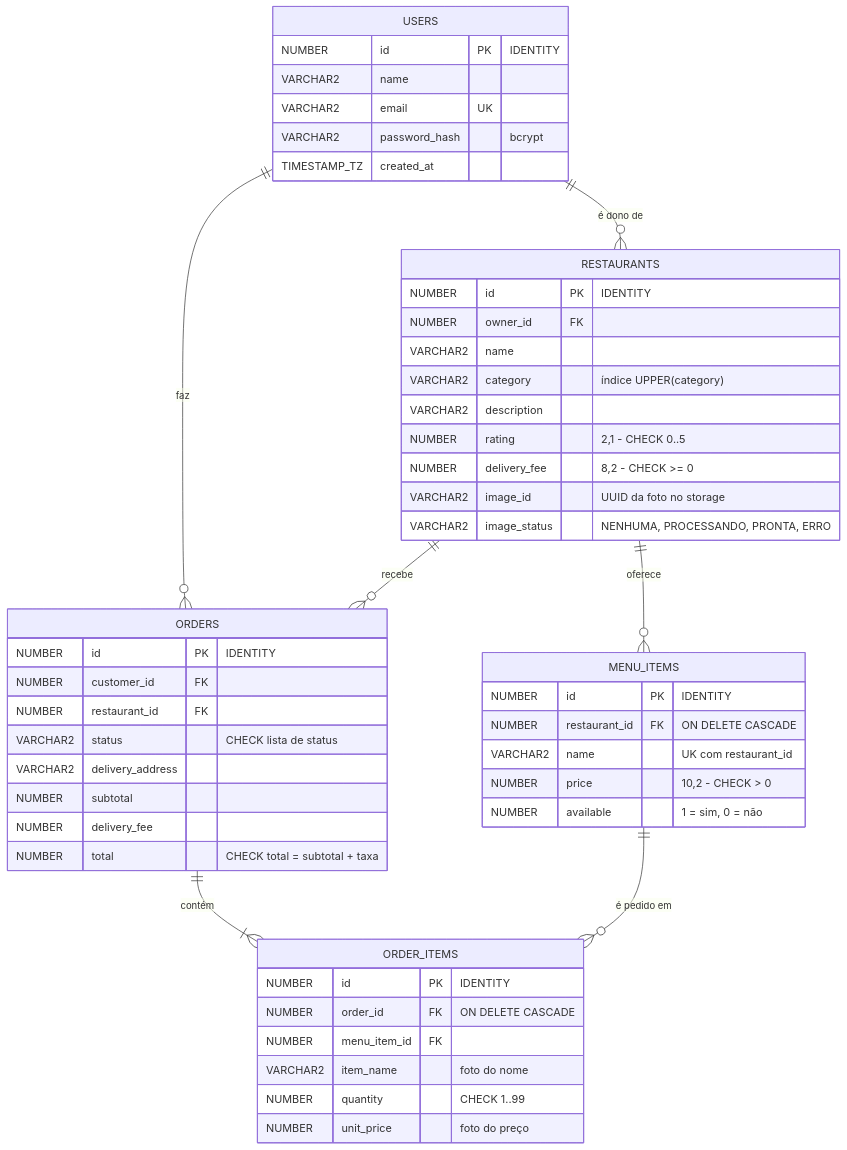
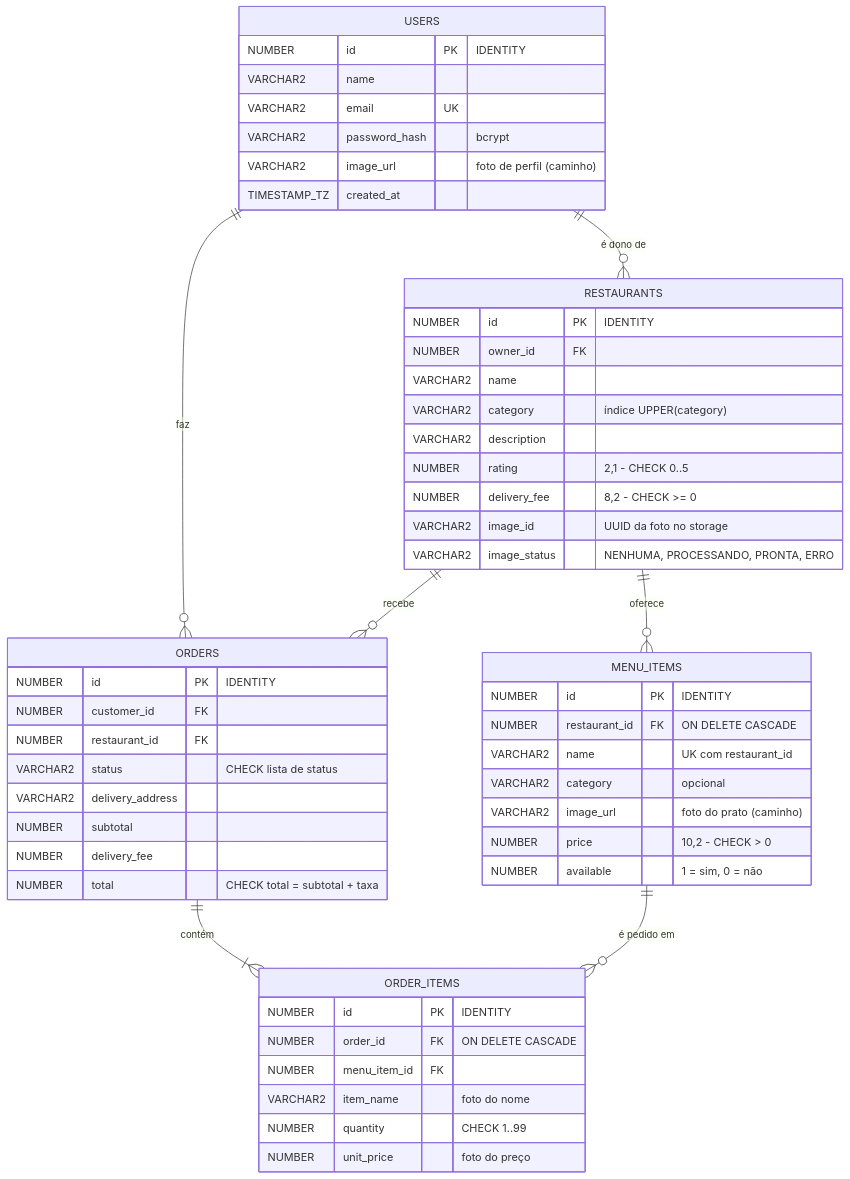
One commit to ViancoDeviolo/easyfood changed the sixth of 7 diagrams in docs/arquitetura.md. Above: the diagram before and after it, drawn with Mermaid. The commit also changed other lines of this file and 40 other files, not shown here.

````diff
--- a/docs/arquitetura.md
+++ b/docs/arquitetura.md
@@ -152,53 +155,56 @@
 ```mermaid
 erDiagram
     USERS ||--o{ RESTAURANTS : "é dono de"
     USERS ||--o{ ORDERS : "faz"
     RESTAURANTS ||--o{ MENU_ITEMS : "oferece"
     RESTAURANTS ||--o{ ORDERS : "recebe"
     ORDERS ||--|{ ORDER_ITEMS : "contém"
     MENU_ITEMS ||--o{ ORDER_ITEMS : "é pedido em"
 
     USERS {
         NUMBER id PK "IDENTITY"
         VARCHAR2 name
         VARCHAR2 email UK
         VARCHAR2 password_hash "bcrypt"
+        VARCHAR2 image_url "foto de perfil (caminho)"
         TIMESTAMP_TZ created_at
     }
     RESTAURANTS {
         NUMBER id PK "IDENTITY"
         NUMBER owner_id FK
         VARCHAR2 name
         VARCHAR2 category "índice UPPER(category)"
         VARCHAR2 description
         NUMBER rating "2,1 - CHECK 0..5"
         NUMBER delivery_fee "8,2 - CHECK >= 0"
         VARCHAR2 image_id "UUID da foto no storage"
         VARCHAR2 image_status "NENHUMA, PROCESSANDO, PRONTA, ERRO"
     }
     MENU_ITEMS {
         NUMBER id PK "IDENTITY"
         NUMBER restaurant_id FK "ON DELETE CASCADE"
         VARCHAR2 name "UK com restaurant_id"
+        VARCHAR2 category "opcional"
+        VARCHAR2 image_url "foto do prato (caminho)"
         NUMBER price "10,2 - CHECK > 0"
         NUMBER available "1 = sim, 0 = não"
     }
     ORDERS {
         NUMBER id PK "IDENTITY"
         NUMBER customer_id FK
         NUMBER restaurant_id FK
         VARCHAR2 status "CHECK lista de status"
         VARCHAR2 delivery_address
         NUMBER subtotal
         NUMBER delivery_fee
         NUMBER total "CHECK total = subtotal + taxa"
     }
     ORDER_ITEMS {
         NUMBER id PK "IDENTITY"
         NUMBER order_id FK "ON DELETE CASCADE"
         NUMBER menu_item_id FK
         VARCHAR2 item_name "foto do nome"
         NUMBER quantity "CHECK 1..99"
         NUMBER unit_price "foto do preço"
     }
 ```
````
